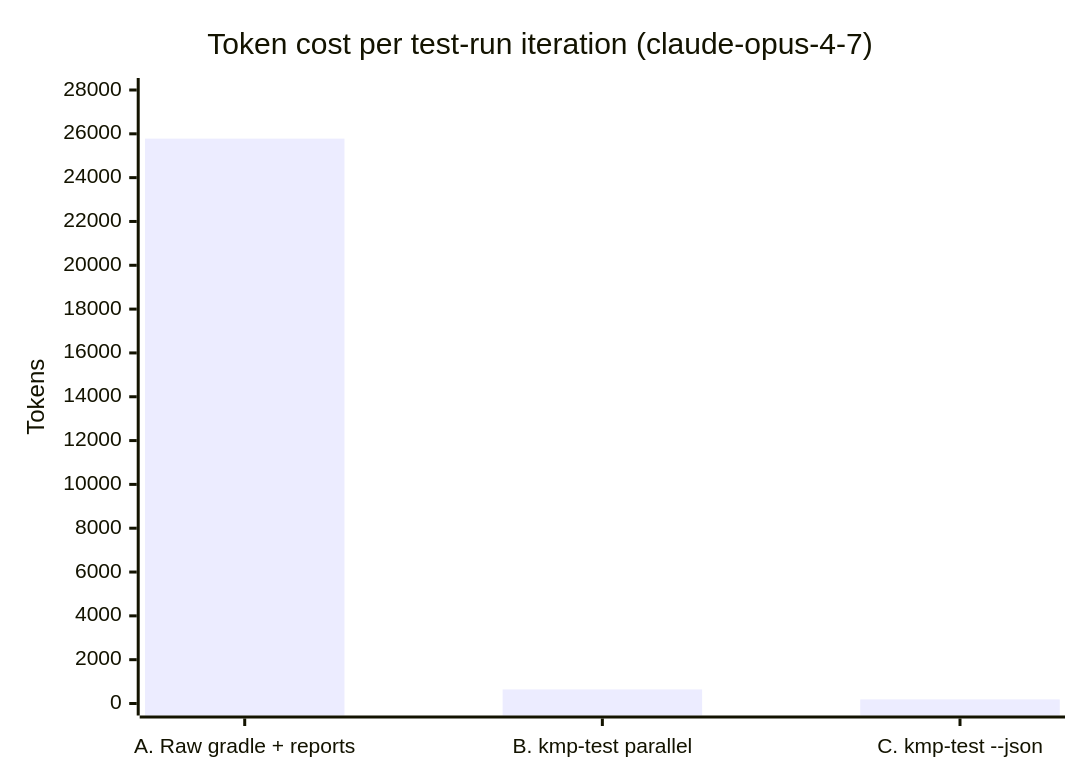
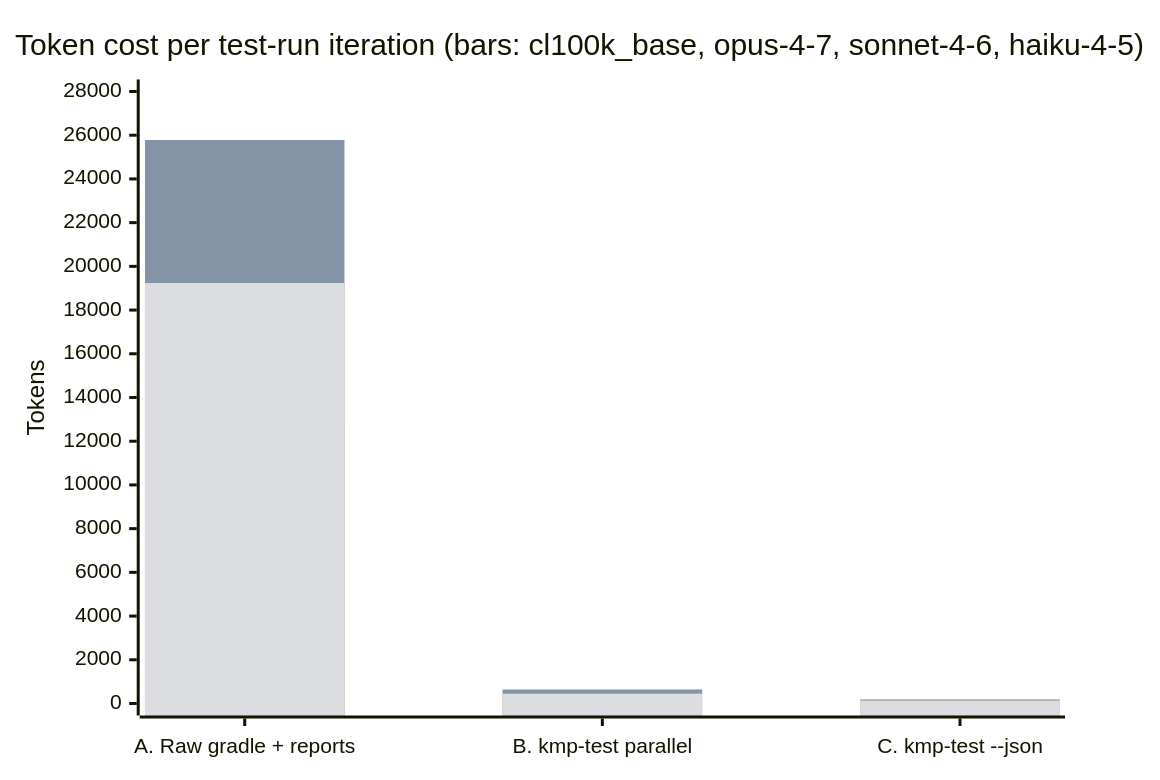
One commit to oscardlfr/kmp-test-runner changed the diagram in README.md. Above: the diagram before and after it, drawn with Mermaid. The commit also changed other lines of this file and 2 other files, not shown here.

First line of the commit message:
fix(tests): drop redundant vi.mock + chart breakdown across all 4 tokenizers

````diff
--- a/README.md
+++ b/README.md
@@ -204,7 +204,10 @@
 ```mermaid
 xychart-beta
-    title "Token cost per test-run iteration (claude-opus-4-7)"
+    title "Token cost per test-run iteration (bars: cl100k_base, opus-4-7, sonnet-4-6, haiku-4-5)"
     x-axis ["A. Raw gradle + reports", "B. kmp-test parallel", "C. kmp-test --json"]
     y-axis "Tokens" 0 --> 28000
+    bar [12807, 376, 101]
     bar [25780, 642, 187]
+    bar [19234, 444, 125]
+    bar [19234, 444, 125]
 ```
````
